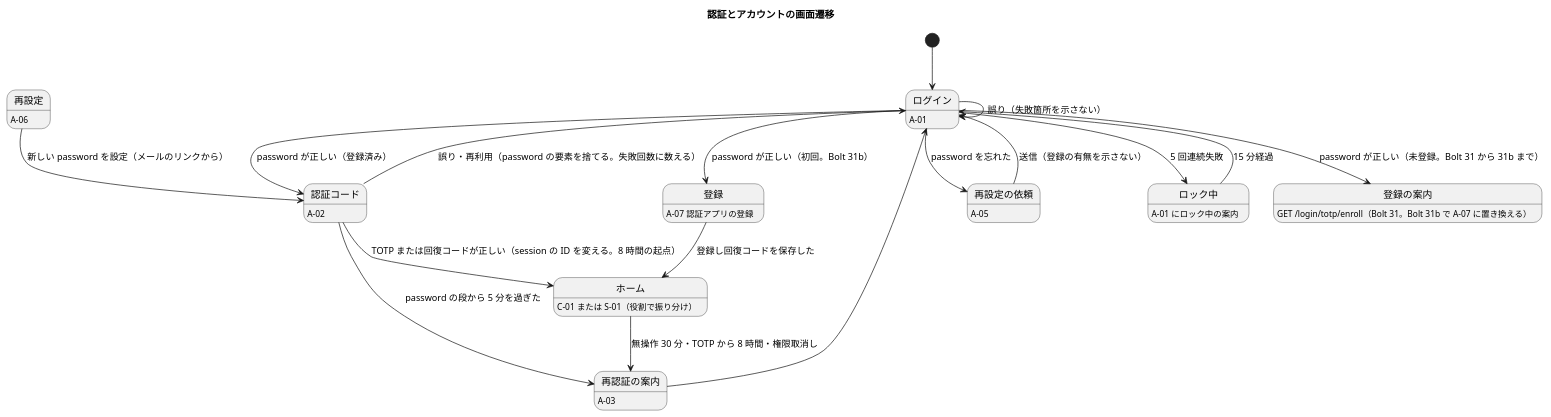
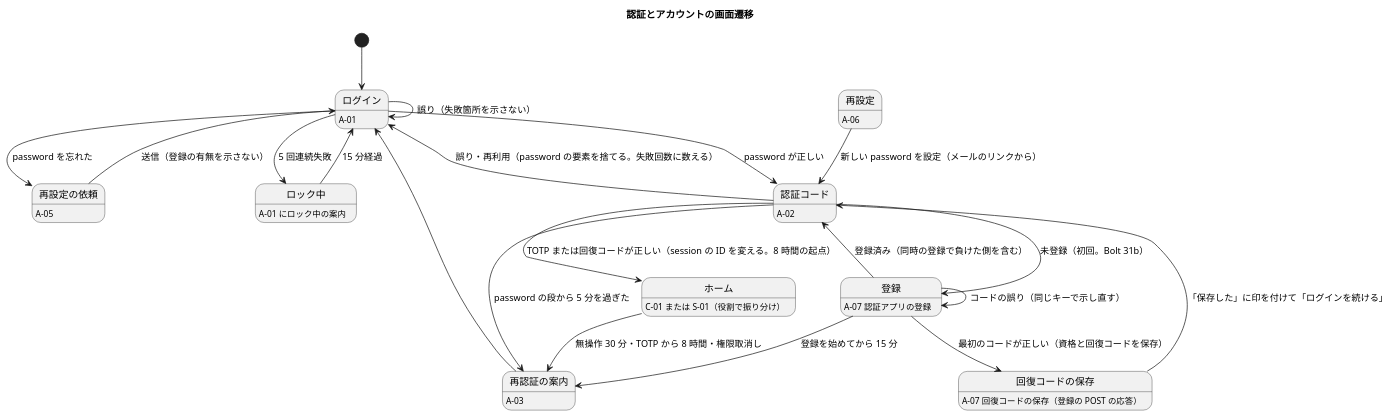
The second of 26 diagrams in docs/design/cargo-tracker/ui_design.md (k2works/practical-domain-driven-design-in-enterpris-application), drawn with PlantUML before and after one commit. The commit also changed other lines of this file and 8 other files, not shown here.

````diff
--- a/docs/design/cargo-tracker/ui_design.md
+++ b/docs/design/cargo-tracker/ui_design.md
@@ -236,30 +236,33 @@
 ```plantuml
 @startuml
 title 認証とアカウントの画面遷移
 [*] --> ログイン
 ログイン : A-01
 認証コード : A-02
 登録 : A-07 認証アプリの登録
 再設定の依頼 : A-05
 再設定 : A-06
 ロック中 : A-01 にロック中の案内
-登録の案内 : GET /login/totp/enroll（Bolt 31。Bolt 31b で A-07 に置き換える）
-ログイン --> 認証コード : password が正しい（登録済み）
-ログイン --> 登録 : password が正しい（初回。Bolt 31b）
-ログイン --> 登録の案内 : password が正しい（未登録。Bolt 31 から 31b まで）
-登録 --> ホーム : 登録し回復コードを保存した
+回復コードの保存 : A-07 回復コードの保存（登録の POST の応答）
+ログイン --> 認証コード : password が正しい
+認証コード --> 登録 : 未登録（初回。Bolt 31b）
+登録 --> 登録 : コードの誤り（同じキーで示し直す）
+登録 --> 回復コードの保存 : 最初のコードが正しい（資格と回復コードを保存）
+登録 --> 認証コード : 登録済み（同時の登録で負けた側を含む）
+回復コードの保存 --> 認証コード : 「保存した」に印を付けて「ログインを続ける」
+登録 --> 再認証の案内 : 登録を始めてから 15 分
 ログイン --> ログイン : 誤り（失敗箇所を示さない）
 ログイン --> ロック中 : 5 回連続失敗
 ログイン --> 再設定の依頼 : password を忘れた
 再設定の依頼 --> ログイン : 送信（登録の有無を示さない）
 再設定 --> 認証コード : 新しい password を設定（メールのリンクから）
 認証コード --> ホーム : TOTP または回復コードが正しい（session の ID を変える。8 時間の起点）
 認証コード --> ログイン : 誤り・再利用（password の要素を捨てる。失敗回数に数える）
 認証コード --> 再認証の案内 : password の段から 5 分を過ぎた
 ロック中 --> ログイン : 15 分経過
 ホーム --> 再認証の案内 : 無操作 30 分・TOTP から 8 時間・権限取消し
 再認証の案内 : A-03
 再認証の案内 --> ログイン
 ホーム : C-01 または S-01（役割で振り分け）
 @enduml
 ```
````
